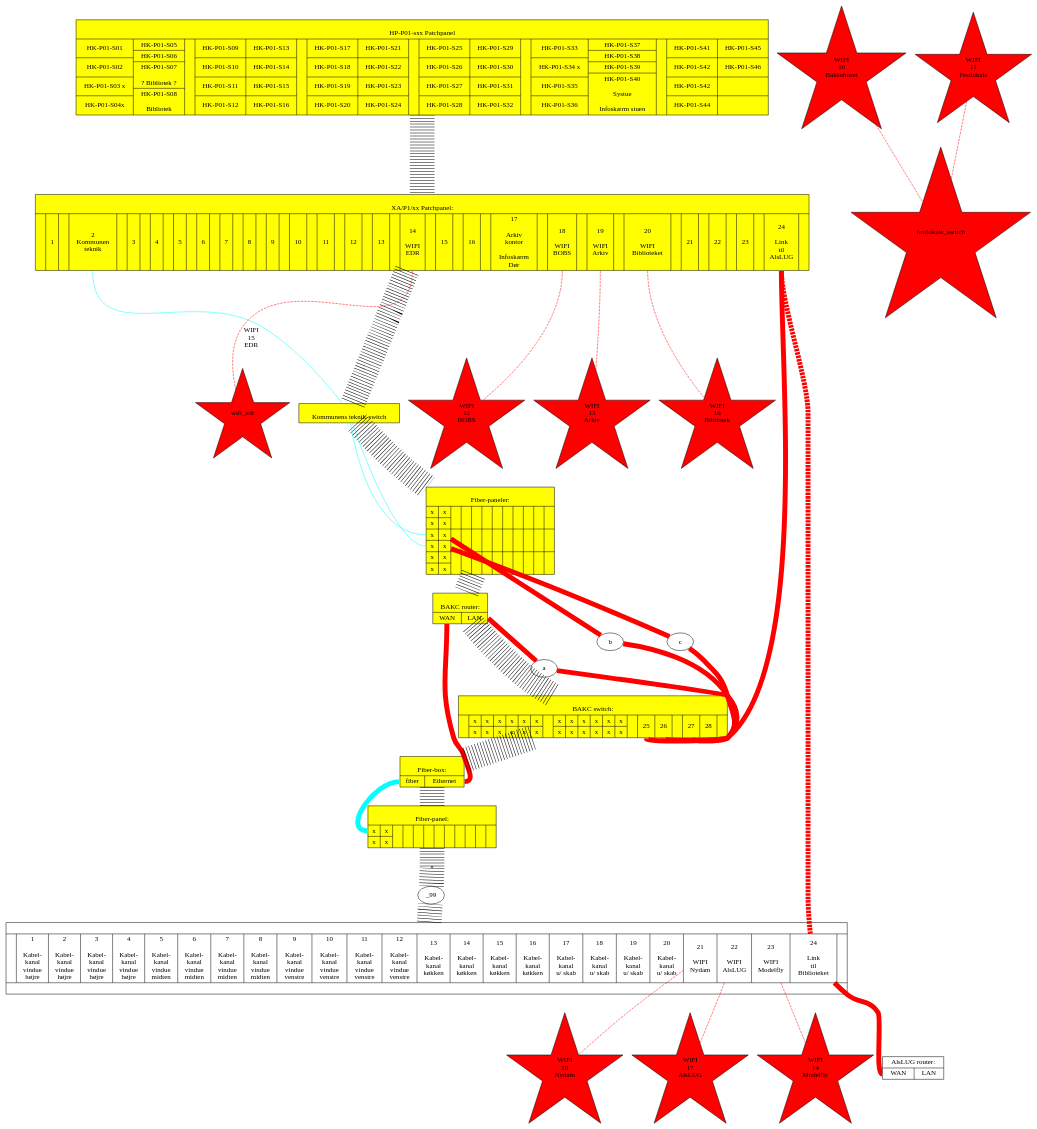
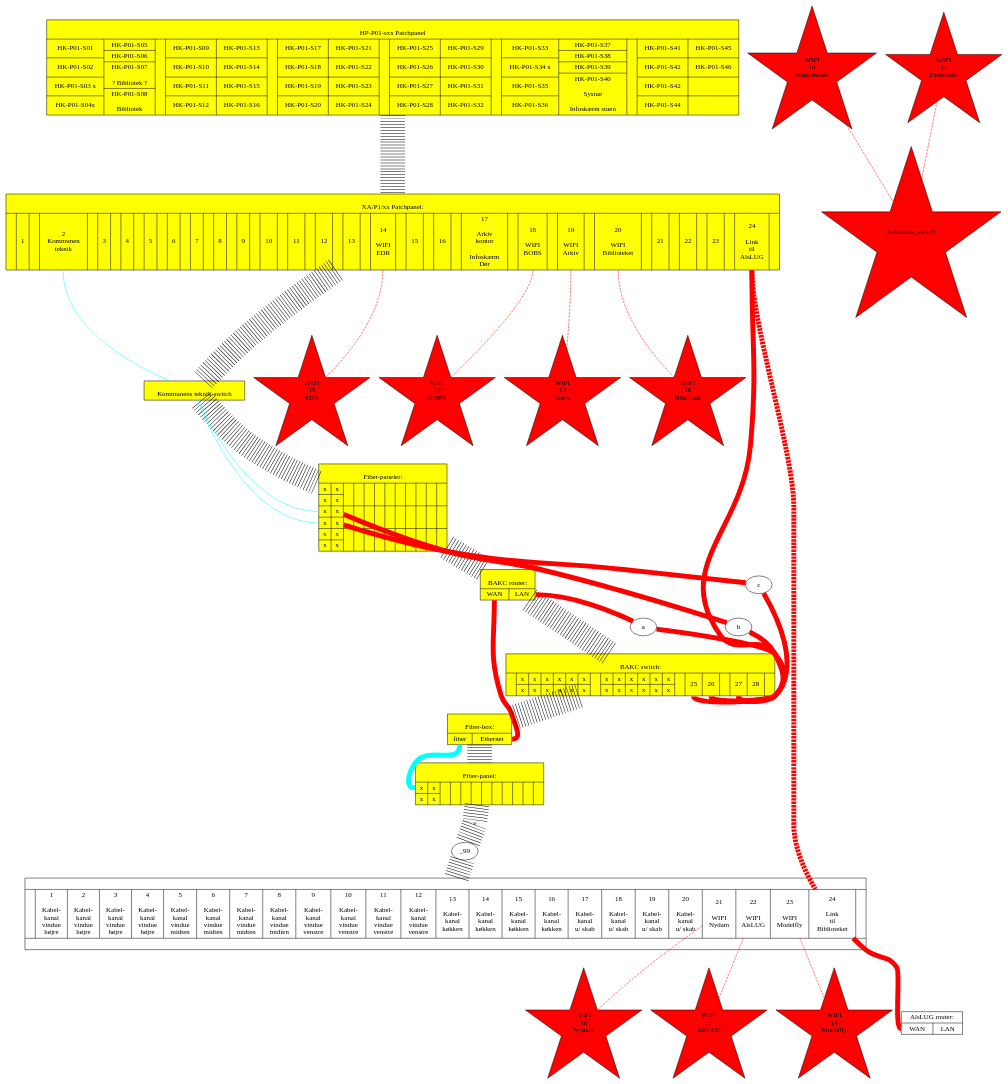
Before and after one commit to alslug/alslug.dk: the diagram in projekter/patch-paneler.dot, drawn with Graphviz.

```diff
--- a/projekter/patch-paneler.dot
+++ b/projekter/patch-paneler.dot
@@ -232,7 +232,7 @@
     xa_p1:18        -> wifi_bobs;     wifi_bobs       [ label="WIFI\n12\nBOBS"       ];
     xa_p1:19        -> wifi_arkiv;    wifi_arkiv      [ label="WIFI\n13\nArkiv"      ];
     alslug_patch:23 -> wifi_modelfly; wifi_modelfly   [ label="WIFI\n14\nModelfly"   ];
-    xa_p1:14        -> wifi_edr:      wifi_edr        [ label="WIFI\n15\nEDR"        ];
+    xa_p1:14        -> wifi_edr;      wifi_edr        [ label="WIFI\n15\nEDR"        ];
 
     xa_p1:20        -> wifi_bib;      wifi_bib        [ label="WIFI\n16\nBibliotek"  ];
     alslug_patch:22 -> wifi_alslug;   wifi_alslug     [ label="WIFI\n17\nAlsLUG"     ];
```
